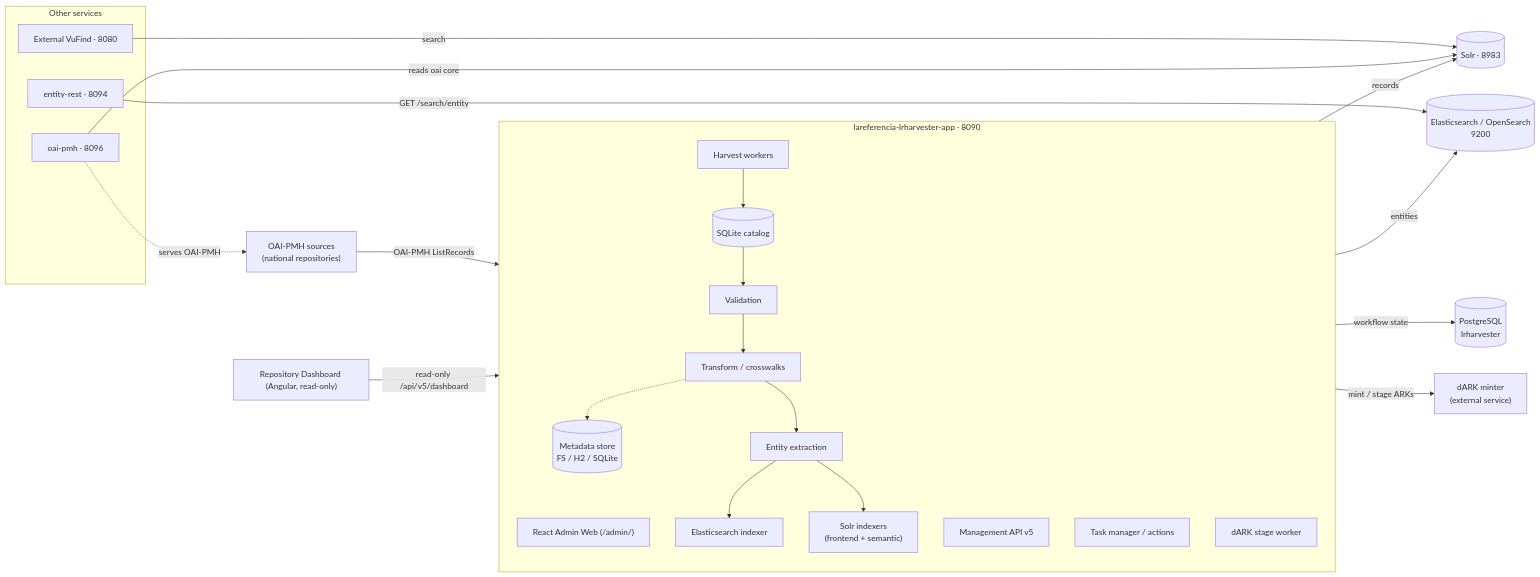
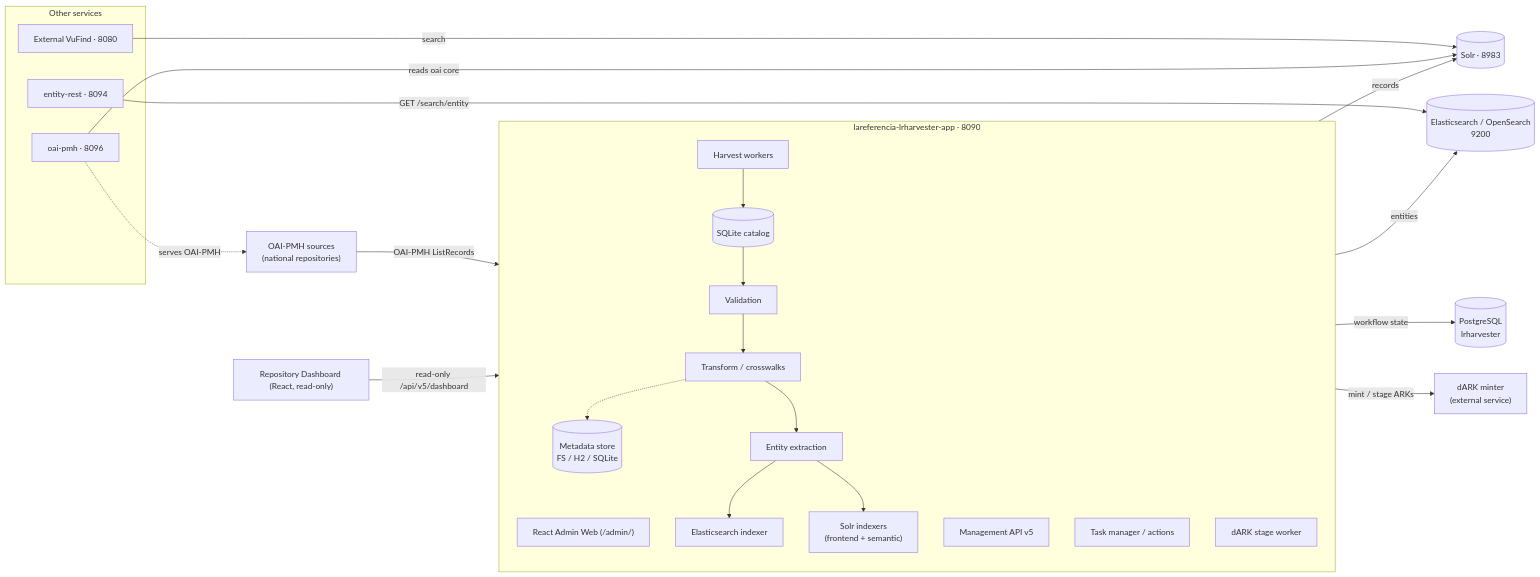
The diagram in docs/ARCHITECTURE.md (lareferencia/lareferencia-platform), drawn with Mermaid before and after one commit. The commit also changed other lines of this file and 15 other files, not shown here.

Commit message:
Publish the React dashboard by default and pin the tested module

````diff
--- a/docs/ARCHITECTURE.md
+++ b/docs/ARCHITECTURE.md
@@ -13,42 +13,42 @@
 ```mermaid
 flowchart LR
     SRC["OAI-PMH sources<br/>(national repositories)"]
 
     subgraph HARV["lareferencia-lrharvester-app · 8090"]
         direction TB
         AW["React Admin Web (/admin/)"]
         V5["Management API v5"]
         TM["Task manager / actions"]
         HW["Harvest workers"] --> CAT[("SQLite catalog")]
         CAT --> VAL["Validation"] --> CW["Transform / crosswalks"]
         CW -.-> MST[("Metadata store<br/>FS / H2 / SQLite")]
         CW --> EE["Entity extraction"]
         EE --> ESI["Elasticsearch indexer"]
         EE --> SOI["Solr indexers<br/>(frontend + semantic)"]
         STG["dARK stage worker"]
     end
 
     PG[("PostgreSQL<br/>lrharvester")]
     ES[("Elasticsearch / OpenSearch<br/>9200")]
     SOLR[("Solr · 8983")]
     DARK["dARK minter<br/>(external service)"]
 
     subgraph CONS["Other services"]
         VUF["External VuFind · 8080"]
         ENT["entity-rest · 8094"]
         OAIP["oai-pmh · 8096"]
     end
 
-    RDB["Repository Dashboard (Angular, read-only)"]
+    RDB["Repository Dashboard (React, read-only)"]
 
     SRC -->|"OAI-PMH ListRecords"| HW
     ESI -->|"entities"| ES
     SOI -->|"records"| SOLR
     TM -->|"workflow state"| PG
     STG -->|"mint / stage ARKs"| DARK
     VUF -->|"search"| SOLR
     ENT -->|"GET /search/entity"| ES
     RDB -->|"read-only /api/v5/dashboard"| V5
     OAIP -->|"reads oai core"| SOLR
     OAIP -.->|"serves OAI-PMH"| SRC
 ```
````
